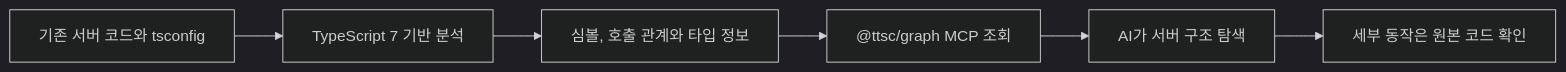
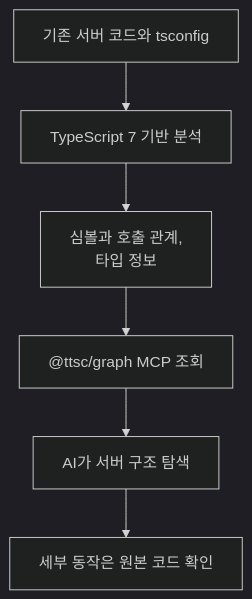
Before and after one commit to KimHG1995/work-history: the diagram in projects/ai-development-setup/typescript-graph.md, drawn with Mermaid (dark theme). The commit also changed 18 other files, not shown here.

Commit message:
docs: 공개 Mermaid 다이어그램 가독성 전수 개선

````diff
--- a/projects/ai-development-setup/typescript-graph.md
+++ b/projects/ai-development-setup/typescript-graph.md
@@ -65,8 +65,8 @@
 ```mermaid
-flowchart LR
+flowchart TB
     source["기존 서버 코드와 tsconfig"] --> engine["TypeScript 7 기반 분석"]
-    engine --> graphData["심볼, 호출 관계와 타입 정보"]
+    engine --> graphData["심볼과 호출 관계,<br/>타입 정보"]
     graphData --> mcp["@ttsc/graph MCP 조회"]
     mcp --> agent["AI가 서버 구조 탐색"]
     agent --> detail["세부 동작은 원본 코드 확인"]
 ```
````
